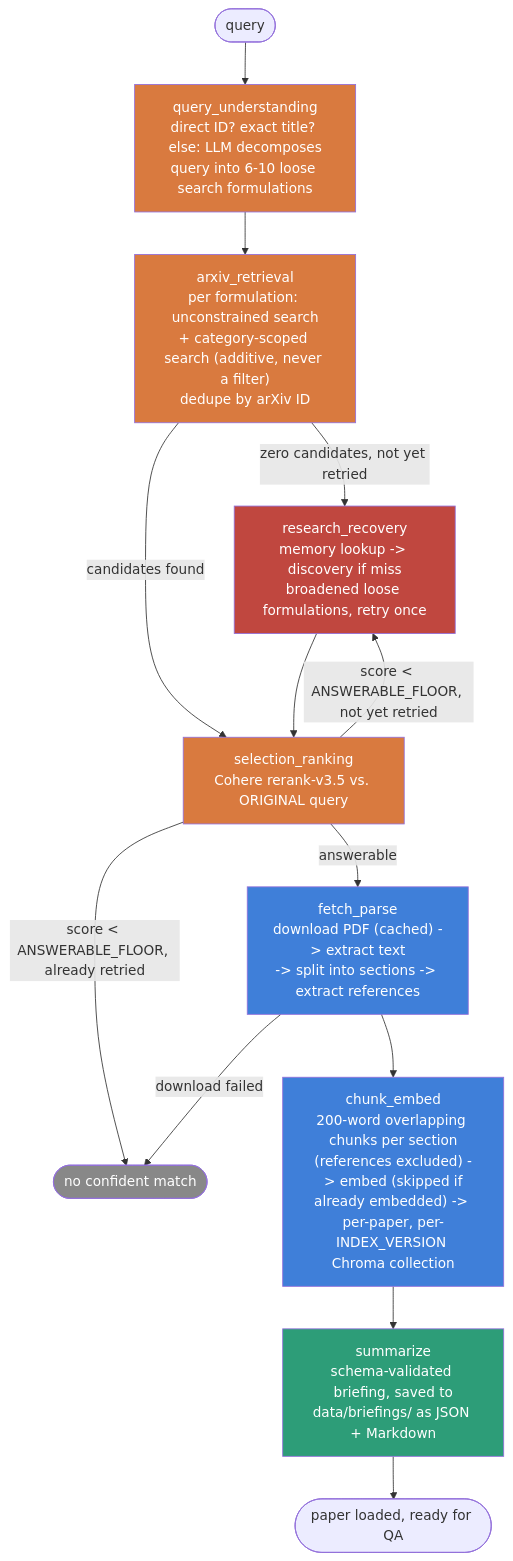
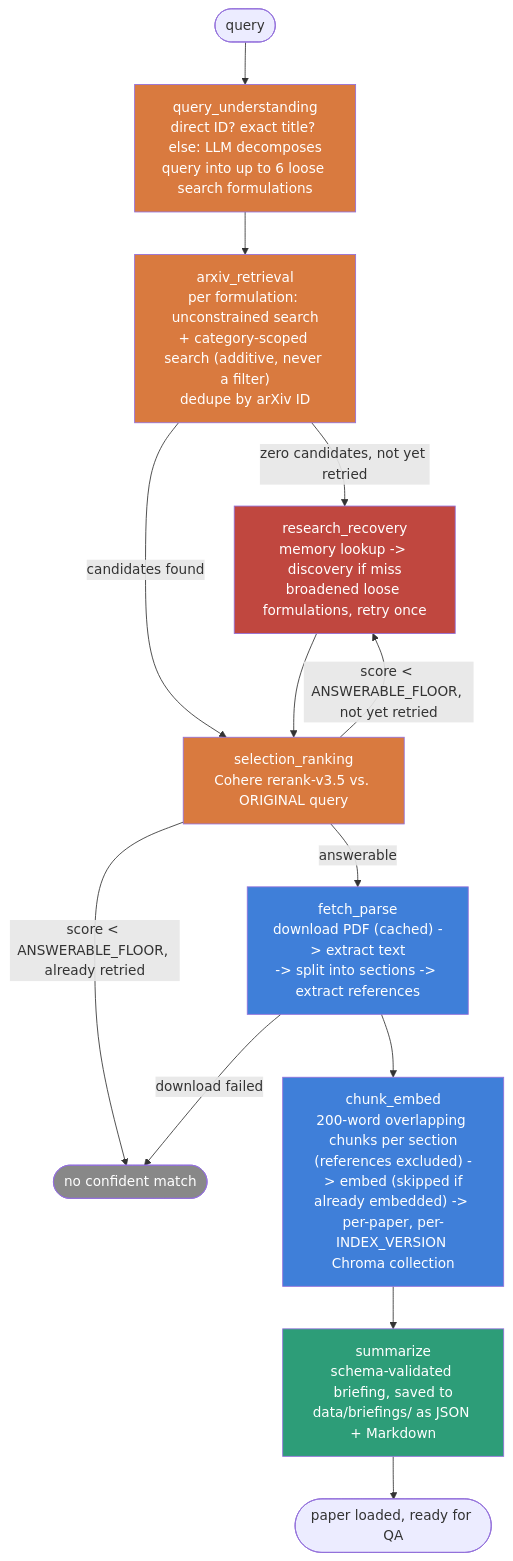
Before and after one commit to aarthoms/re-search-it: the second of 5 diagrams in README.md, drawn with Mermaid. The commit also changed other lines of this file and 15 other files, not shown here.

````diff
--- a/README.md
+++ b/README.md
@@ -59,27 +110,27 @@
 ```mermaid
 flowchart TD
-    START(["query"]) --> QU["query_understanding\ndirect ID? exact title? else: LLM decomposes\nquery into 6-10 loose search formulations"]
+    START(["query"]) --> QU["query_understanding\ndirect ID? exact title? else: LLM decomposes\nquery into up to 6 loose search formulations"]
     QU --> AR["arxiv_retrieval\nper formulation: unconstrained search\n+ category-scoped search (additive, never a filter)\ndedupe by arXiv ID"]
 
     AR -->|zero candidates, not yet retried| REC["research_recovery\nmemory lookup -> discovery if miss\nbroadened loose formulations, retry once"]
     AR -->|candidates found| SR["selection_ranking\nCohere rerank-v3.5 vs. ORIGINAL query"]
     REC --> SR
 
     SR -->|score < ANSWERABLE_FLOOR, not yet retried| REC
     SR -->|score < ANSWERABLE_FLOOR, already retried| FAIL(["no confident match"])
     SR -->|answerable| FP["fetch_parse\ndownload PDF (cached) -> extract text\n-> split into sections -> extract references"]
 
     FP -->|download failed| FAIL
     FP --> CE["chunk_embed\n200-word overlapping chunks per section\n(references excluded) -> embed (skipped if\nalready embedded) -> per-paper, per-INDEX_VERSION Chroma collection"]
     CE --> SUM["summarize\nschema-validated briefing, saved to\ndata/briefings/ as JSON + Markdown"]
     SUM --> DONE(["paper loaded, ready for QA"])
 
     style QU fill:#d97a3f,color:#fff
     style AR fill:#d97a3f,color:#fff
     style REC fill:#c0473f,color:#fff
     style SR fill:#d97a3f,color:#fff
     style FP fill:#3f7fd9,color:#fff
     style CE fill:#3f7fd9,color:#fff
     style SUM fill:#2d9d78,color:#fff
     style FAIL fill:#888,color:#fff
 ```
````
